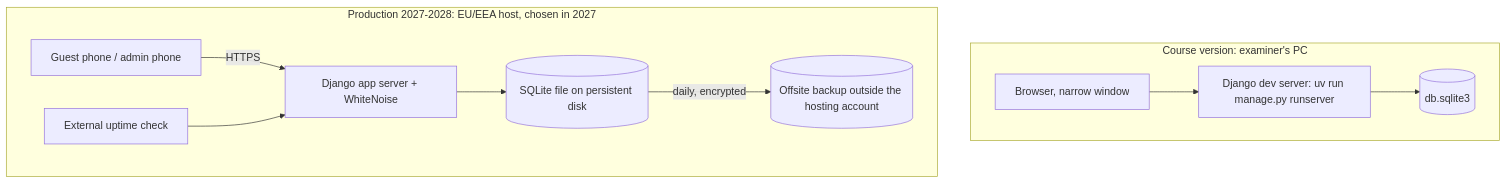
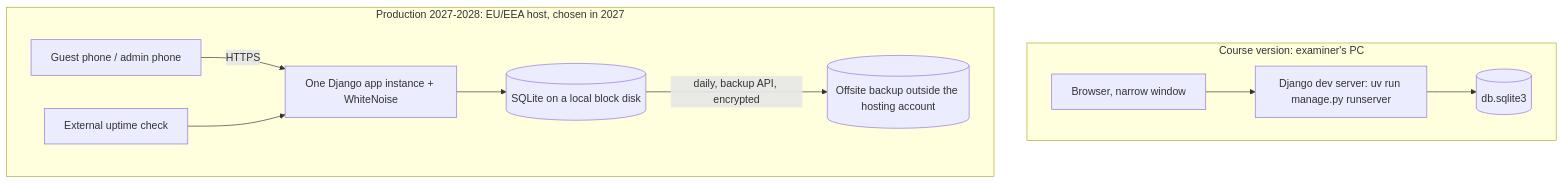
One commit to IBE160-2026/G26-dvergsdal changed the third of 3 diagrams in .docs/planning-artifacts/architecture/architecture-aill-handle-it-2026-11-16/ARCHITECTURE-SPINE.md. Above: the diagram before and after it, drawn with Mermaid. The commit also changed other lines of this file and 1 other file, not shown here.

````diff
--- a/.docs/planning-artifacts/architecture/architecture-aill-handle-it-2026-11-16/ARCHITECTURE-SPINE.md
+++ b/.docs/planning-artifacts/architecture/architecture-aill-handle-it-2026-11-16/ARCHITECTURE-SPINE.md
@@ -261,13 +326,13 @@
 ```mermaid
 flowchart TB
   subgraph local["Course version: examiner's PC"]
     browser1["Browser, narrow window"] --> dev["Django dev server: uv run manage.py runserver"]
     dev --> file1[("db.sqlite3")]
   end
   subgraph prod["Production 2027-2028: EU/EEA host, chosen in 2027"]
-    phone["Guest phone / admin phone"] -->|HTTPS| app["Django app server + WhiteNoise"]
-    app --> file2[("SQLite file on persistent disk")]
-    file2 -->|daily, encrypted| backup[("Offsite backup outside the hosting account")]
+    phone["Guest phone / admin phone"] -->|HTTPS| app["One Django app instance + WhiteNoise"]
+    app --> file2[("SQLite on a local block disk")]
+    file2 -->|"daily, backup API, encrypted"| backup[("Offsite backup outside the hosting account")]
     monitor["External uptime check"] --> app
   end
 ```
````
